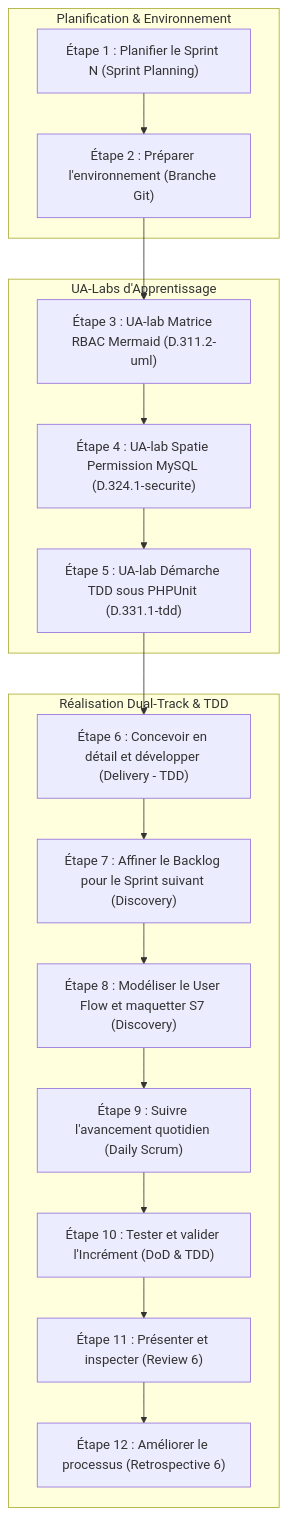
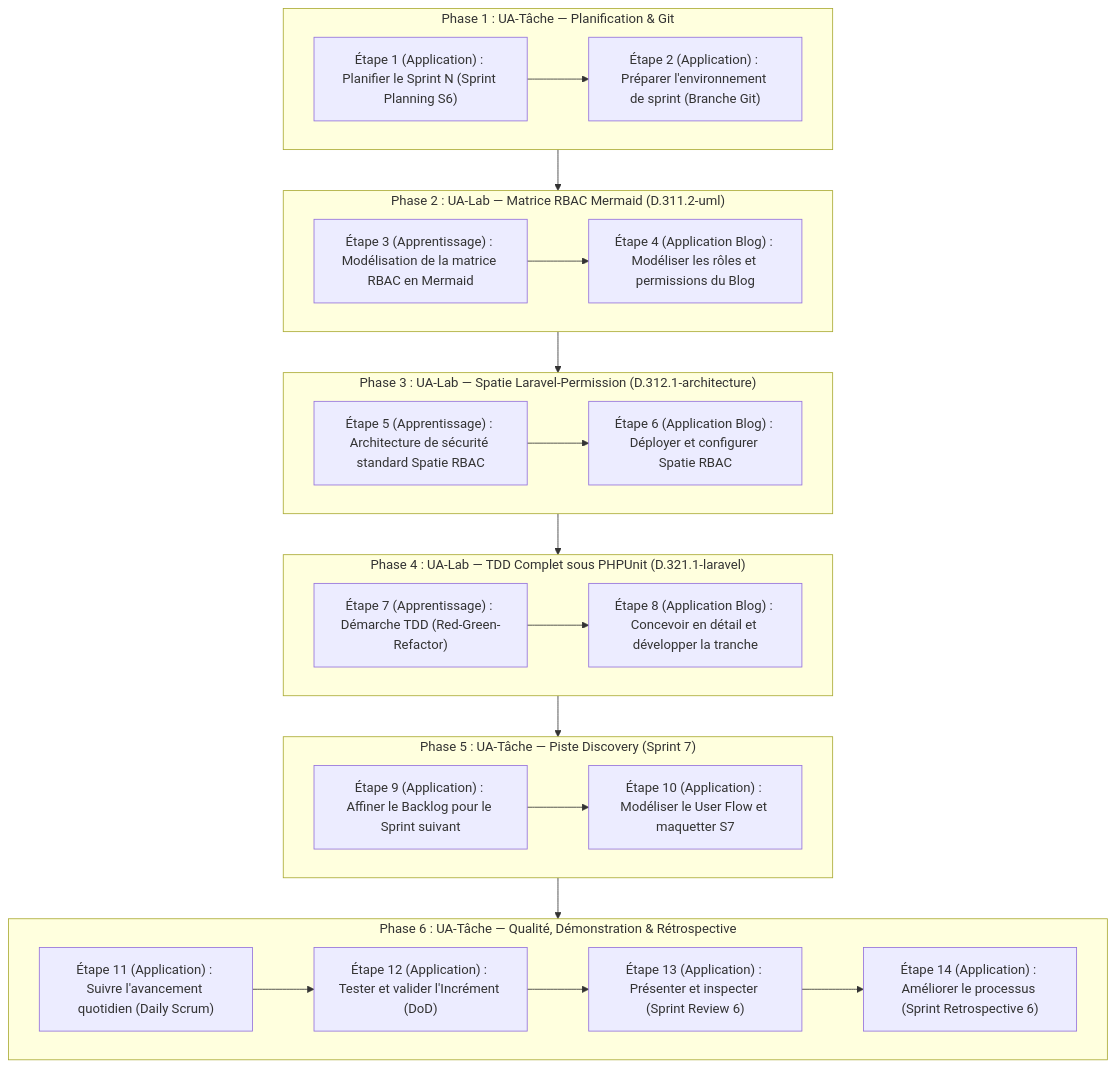
One commit to labs-web/projet-imiation-n3 changed the diagram in flux-travail/sessions/flux-travail-s6.md. Above: the diagram before and after it, drawn with Mermaid. The commit also changed other lines of this file and 12 other files, not shown here.

````diff
--- a/flux-travail/sessions/flux-travail-s6.md
+++ b/flux-travail/sessions/flux-travail-s6.md
@@ -63,22 +56,42 @@
 ```mermaid
 flowchart TD
-    subgraph S6_Prep ["Planification & Environnement"]
-        R1["Étape 1 : Planifier le Sprint N (Sprint Planning)"] --> R2["Étape 2 : Préparer l'environnement (Branche Git)"]
+    subgraph P1 ["Phase 1 : UA-Tâche — Planification & Git"]
+        E1["Étape 1 (Application) : Planifier le Sprint N (Sprint Planning S6)"]
+        E2["Étape 2 (Application) : Préparer l'environnement de sprint (Branche Git)"]
+        E1 --> E2
     end
 
-    subgraph S6_Labs ["UA-Labs d'Apprentissage"]
-        R2 --> U1["Étape 3 : UA-lab Matrice RBAC Mermaid (D.311.2-uml)"]
-        U1 --> U2["Étape 4 : UA-lab Spatie Permission MySQL (D.324.1-securite)"]
-        U2 --> U3["Étape 5 : UA-lab Démarche TDD sous PHPUnit (D.331.1-tdd)"]
+    subgraph P2 ["Phase 2 : UA-Lab — Matrice RBAC Mermaid (D.311.2-uml)"]
+        E3["Étape 3 (Apprentissage) : Modélisation de la matrice RBAC en Mermaid"]
+        E4["Étape 4 (Application Blog) : Modéliser les rôles et permissions du Blog"]
+        E3 --> E4
     end
 
-    subgraph S6_Real ["Réalisation Dual-Track & TDD"]
-        U3 --> R3["Étape 6 : Concevoir en détail et développer (Delivery - TDD)"]
-        R3 --> R4["Étape 7 : Affiner le Backlog pour le Sprint suivant (Discovery)"]
-        R4 --> R5["Étape 8 : Modéliser le User Flow et maquetter S7 (Discovery)"]
-        R5 --> R6["Étape 9 : Suivre l'avancement quotidien (Daily Scrum)"]
-        R6 --> R7["Étape 10 : Tester et valider l'Incrément (DoD & TDD)"]
-        R7 --> R8["Étape 11 : Présenter et inspecter (Review 6)"]
-        R8 --> R9["Étape 12 : Améliorer le processus (Retrospective 6)"]
+    subgraph P3 ["Phase 3 : UA-Lab — Spatie Laravel-Permission (D.312.1-architecture)"]
+        E5["Étape 5 (Apprentissage) : Architecture de sécurité standard Spatie RBAC"]
+        E6["Étape 6 (Application Blog) : Déployer et configurer Spatie RBAC"]
+        E5 --> E6
     end
+
+    subgraph P4 ["Phase 4 : UA-Lab — TDD Complet sous PHPUnit (D.321.1-laravel)"]
+        E7["Étape 7 (Apprentissage) : Démarche TDD (Red-Green-Refactor)"]
+        E8["Étape 8 (Application Blog) : Concevoir en détail et développer la tranche"]
+        E7 --> E8
+    end
+
+    subgraph P5 ["Phase 5 : UA-Tâche — Piste Discovery (Sprint 7)"]
+        E9["Étape 9 (Application) : Affiner le Backlog pour le Sprint suivant"]
+        E10["Étape 10 (Application) : Modéliser le User Flow et maquetter S7"]
+        E9 --> E10
+    end
+
+    subgraph P6 ["Phase 6 : UA-Tâche — Qualité, Démonstration & Rétrospective"]
+        E11["Étape 11 (Application) : Suivre l'avancement quotidien (Daily Scrum)"]
+        E12["Étape 12 (Application) : Tester et valider l'Incrément (DoD)"]
+        E13["Étape 13 (Application) : Présenter et inspecter (Sprint Review 6)"]
+        E14["Étape 14 (Application) : Améliorer le processus (Sprint Retrospective 6)"]
+        E11 --> E12 --> E13 --> E14
+    end
+
+    P1 --> P2 --> P3 --> P4 --> P5 --> P6
 ```
````
